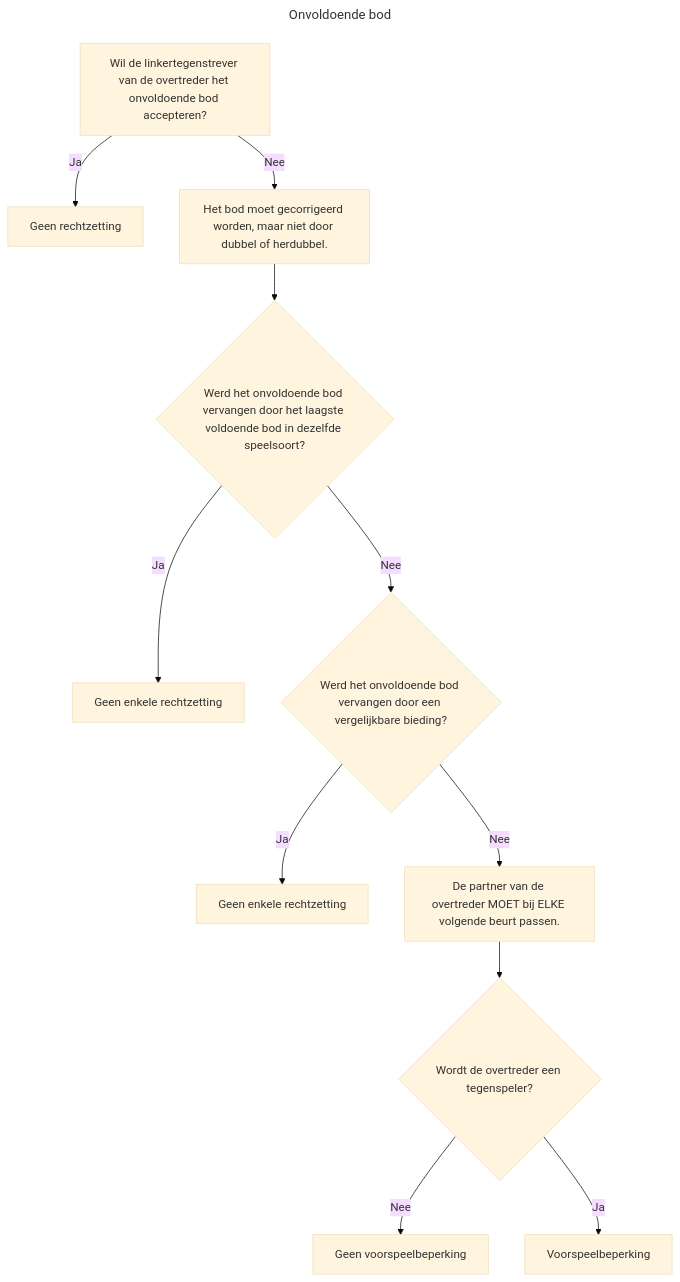
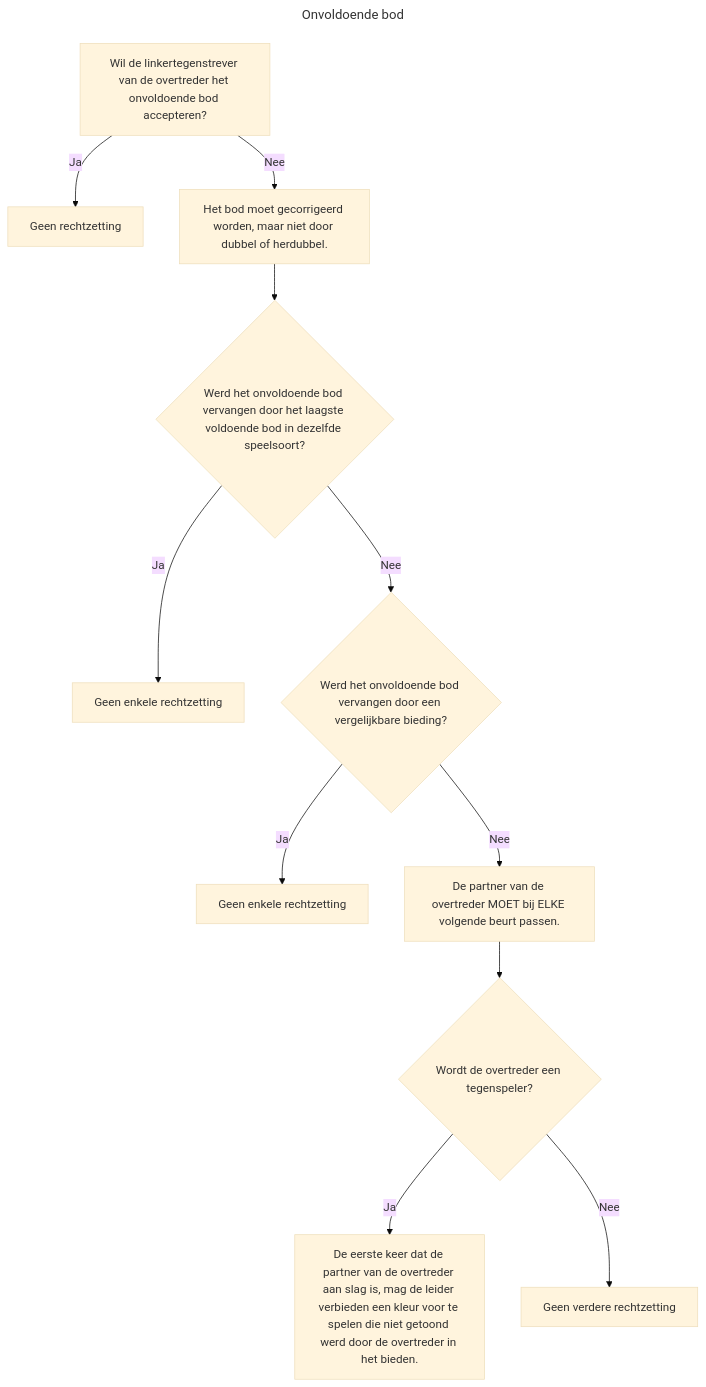
Before and after one commit to tcorneli/CTL-instructies: the diagram in onvoldoende-bod.md, drawn with Mermaid (base theme).

Commit message:
Update flowchart for insufficient bid scenario

````diff
--- a/onvoldoende-bod.md
+++ b/onvoldoende-bod.md
@@ -1,16 +1,16 @@
 ```mermaid
 ---
 title: Onvoldoende bod
 ---
 graph TD
     A[Wil de linkertegenstrever van de overtreder het onvoldoende bod accepteren?] -->|Ja| B[Geen rechtzetting]
     A -->|Nee| C[Het bod moet gecorrigeerd worden, maar niet door dubbel of herdubbel.]
     C --> D{Werd het onvoldoende bod vervangen door het laagste voldoende bod in dezelfde speelsoort?}
     D -->|Ja| E[Geen enkele rechtzetting]
     D -->|Nee| F{Werd het onvoldoende bod vervangen door een vergelijkbare bieding?}
     F -->|Ja| G[Geen enkele rechtzetting]
     F -->|Nee| H[De partner van de overtreder MOET bij ELKE volgende beurt passen.]
     H --> I{Wordt de overtreder een tegenspeler?}
-    I -->|Nee| J[Geen voorspeelbeperking]
-    I -->|Ja| K[Voorspeelbeperking]
+    I -->|Ja| J[De eerste keer dat de partner van de overtreder aan slag is, mag de leider verbieden een kleur voor te spelen die niet getoond werd door de overtreder in het bieden.]
+    I -->|Nee| K[Geen verdere rechtzetting]
 ```
````
